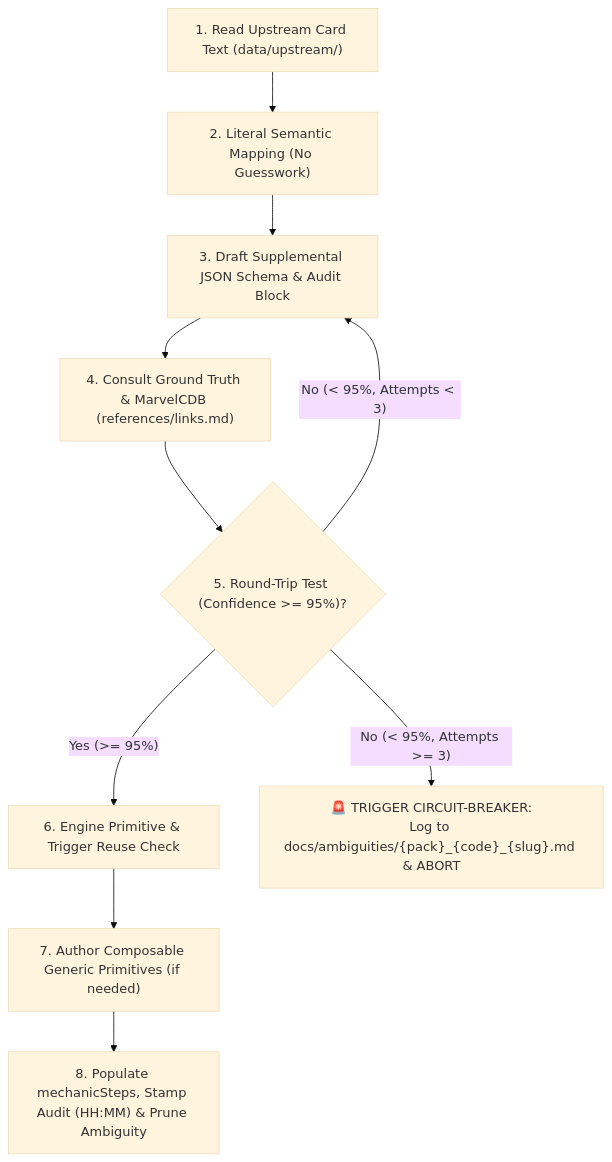
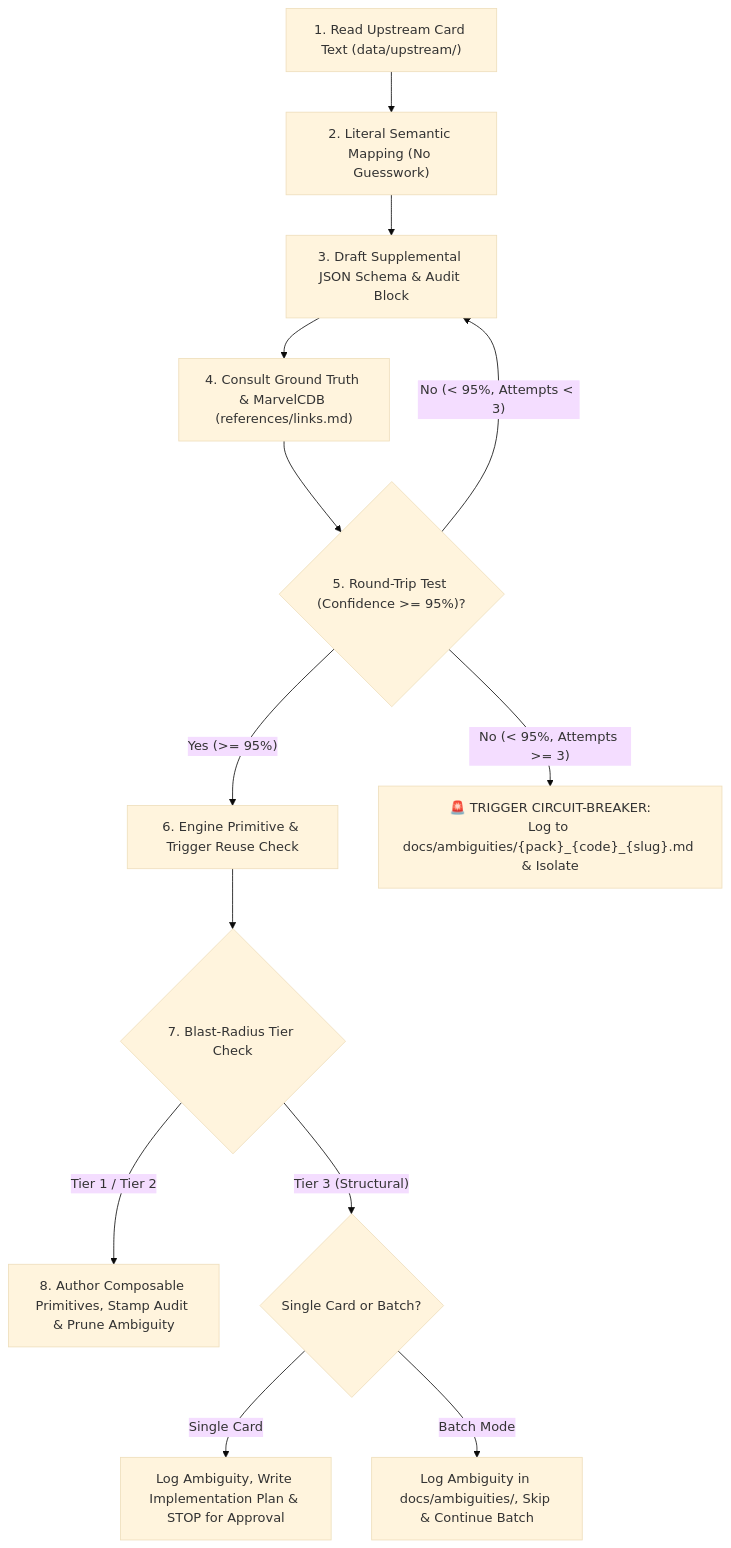
One commit to SteveRodrigue/MCD changed the diagram in docs/guidelines/card_integration_protocol.md. Above: the diagram before and after it, drawn with Mermaid (base theme). The commit also changed other lines of this file and 3 other files, not shown here.

Commit message:
feat(protocol): add 3-tier blast-radius refactor guardrails and batch-resilient ambiguity isolation

````diff
--- a/docs/guidelines/card_integration_protocol.md
+++ b/docs/guidelines/card_integration_protocol.md
@@ -23,13 +34,16 @@
 ```mermaid
 flowchart TD
     S1["1. Read Upstream Card Text (data/upstream/)"] --> S2["2. Literal Semantic Mapping (No Guesswork)"]
     S2 --> S3["3. Draft Supplemental JSON Schema & Audit Block"]
     S3 --> S4["4. Consult Ground Truth & MarvelCDB (references/links.md)"]
     S4 --> S5{"5. Round-Trip Test (Confidence >= 95%)?"}
     S5 -- "Yes (>= 95%)" --> S6["6. Engine Primitive & Trigger Reuse Check"]
     S5 -- "No (< 95%, Attempts < 3)" --> S3
     S5 -- "No (< 95%, Attempts >= 3)" --> CB["🚨 TRIGGER CIRCUIT-BREAKER:
-Log to docs/ambiguities/{pack}_{code}_{slug}.md & ABORT"]
-    S6 --> S7["7. Author Composable Generic Primitives (if needed)"]
-    S7 --> S8["8. Populate mechanicSteps, Stamp Audit (HH:MM) & Prune Ambiguity"]
+Log to docs/ambiguities/{pack}_{code}_{slug}.md & Isolate"]
+    S6 --> S7{"7. Blast-Radius Tier Check"}
+    S7 -- "Tier 1 / Tier 2" --> S8["8. Author Composable Primitives, Stamp Audit & Prune Ambiguity"]
+    S7 -- "Tier 3 (Structural)" --> T3{"Single Card or Batch?"}
+    T3 -- "Single Card" --> T3S["Log Ambiguity, Write Implementation Plan & STOP for Approval"]
+    T3 -- "Batch Mode" --> T3B["Log Ambiguity in docs/ambiguities/, Skip & Continue Batch"]
 ```
````
